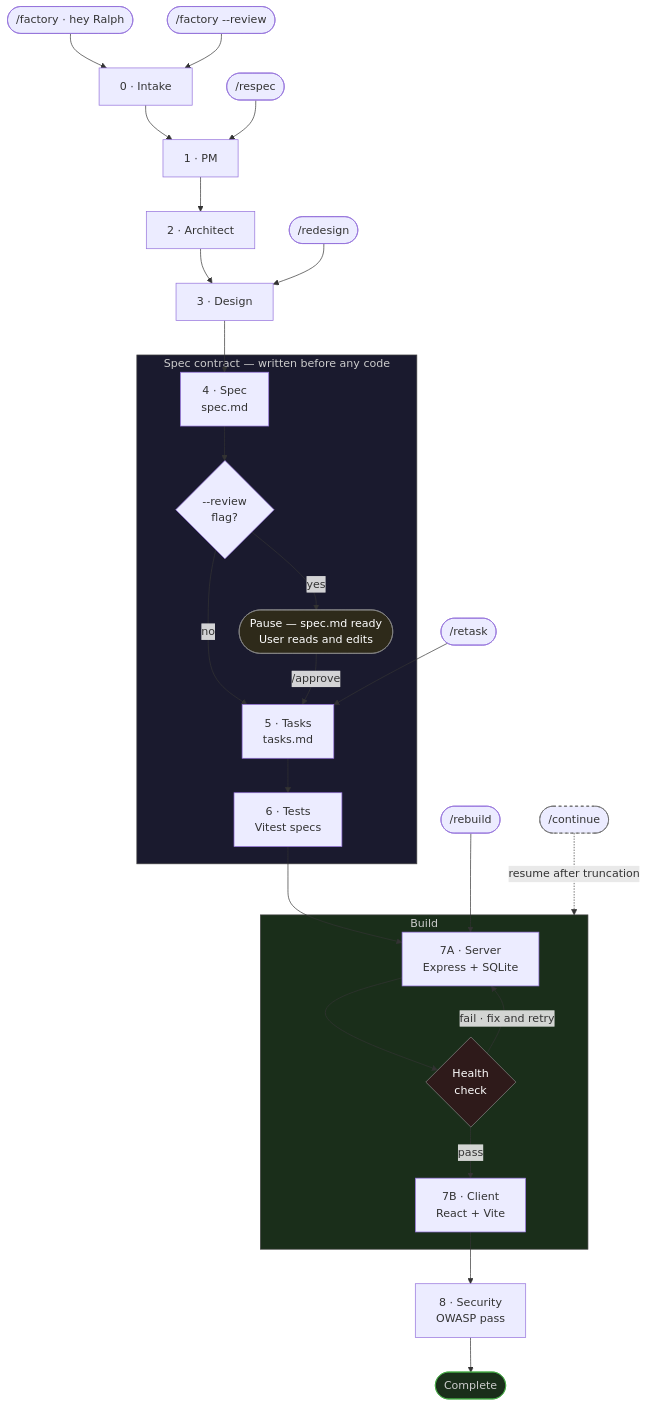
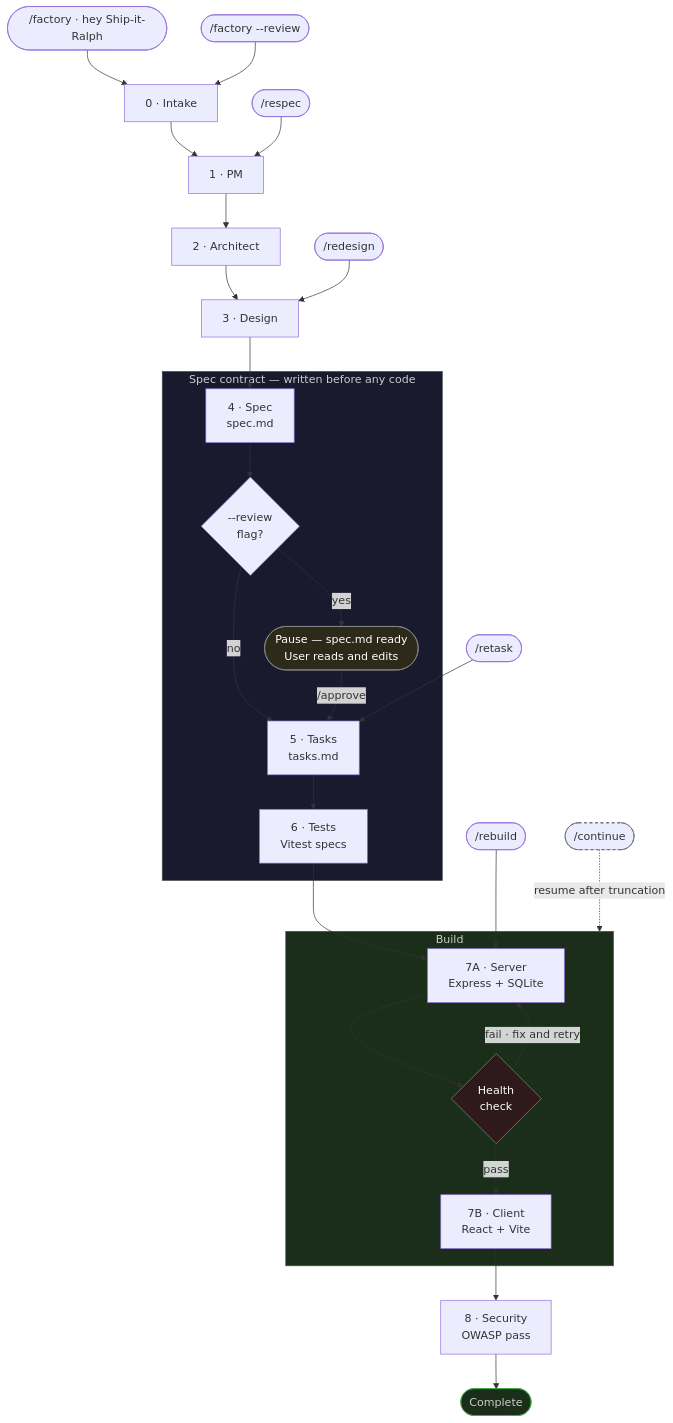
One commit to swamichandra/ship-it-ralph changed the diagram in README.md. Above: the diagram before and after it, drawn with Mermaid. The commit also changed other lines of this file, not shown here.

````diff
--- a/README.md
+++ b/README.md
@@ -119,45 +87,45 @@
 ```mermaid
 flowchart TD
-    START([/factory · hey Ralph]) --> P0
+    START([/factory · hey Ship-it-Ralph]) --> P0
     STARTREVIEW([/factory --review]) --> P0
 
     P0[0 · Intake] --> P1
     P1[1 · PM] --> P2
     P2[2 · Architect] --> P3
     P3[3 · Design] --> P4
 
     subgraph CONTRACT [" Spec contract — written before any code "]
         P4[4 · Spec\nspec.md] --> REVIEWGATE{--review\nflag?}
         REVIEWGATE -->|no| P5
         REVIEWGATE -->|yes| PAUSE([Pause — spec.md ready\nUser reads and edits])
         PAUSE -->|/approve| P5
         P5[5 · Tasks\ntasks.md] --> P6
         P6[6 · Tests\nVitest specs]
     end
 
     P6 --> P7A
 
     subgraph BUILD [" Build "]
         P7A[7A · Server\nExpress + SQLite] --> GATE{Health\ncheck}
         GATE -->|pass| P7B
         GATE -->|fail · fix and retry| P7A
         P7B[7B · Client\nReact + Vite]
     end
 
     P7B --> P8[8 · Security\nOWASP pass]
     P8 --> DONE([Complete])
 
     CONTINUE([/continue]) -.->|resume after truncation| BUILD
 
     RETASK([/retask])     --> P5
     REDESIGN([/redesign]) --> P3
     RESPEC([/respec])     --> P1
     REBUILD([/rebuild])   --> P7A
 
     style CONTRACT fill:#1a1a2e,stroke:#444,color:#ccc
     style BUILD fill:#1a2e1a,stroke:#444,color:#ccc
     style GATE fill:#2e1a1a,stroke:#888,color:#fff
     style PAUSE fill:#2e2a1a,stroke:#888,color:#fff
     style DONE fill:#1a2e1a,stroke:#4a4,color:#ccc
     style CONTINUE stroke:#666,stroke-dasharray:4
 ```
````
